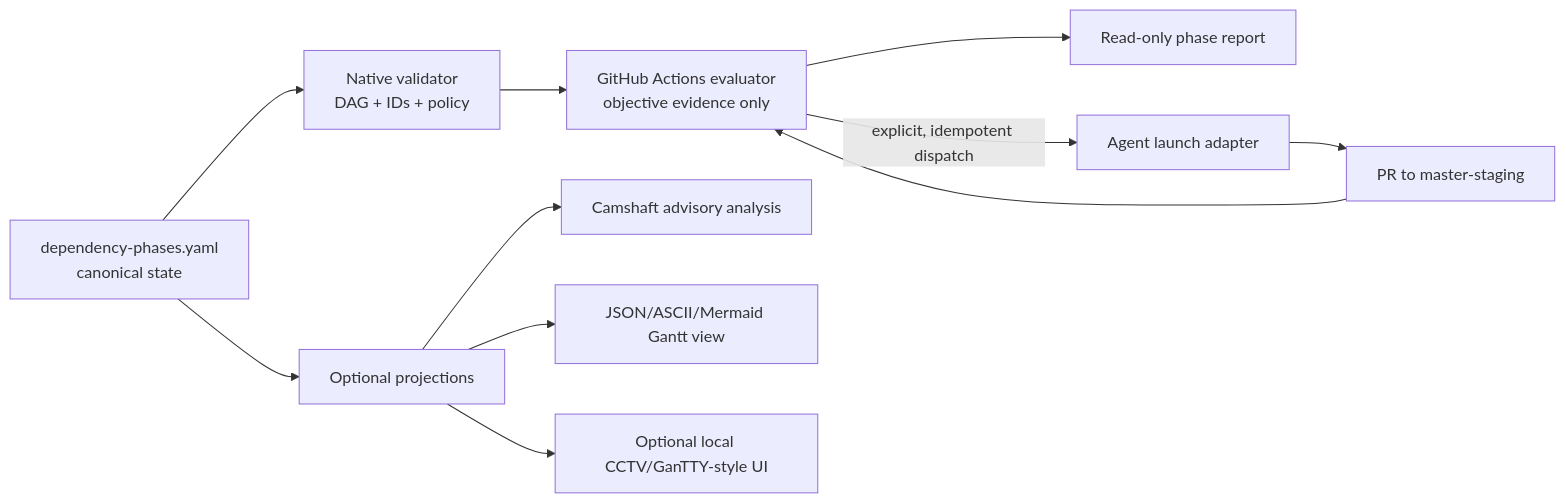
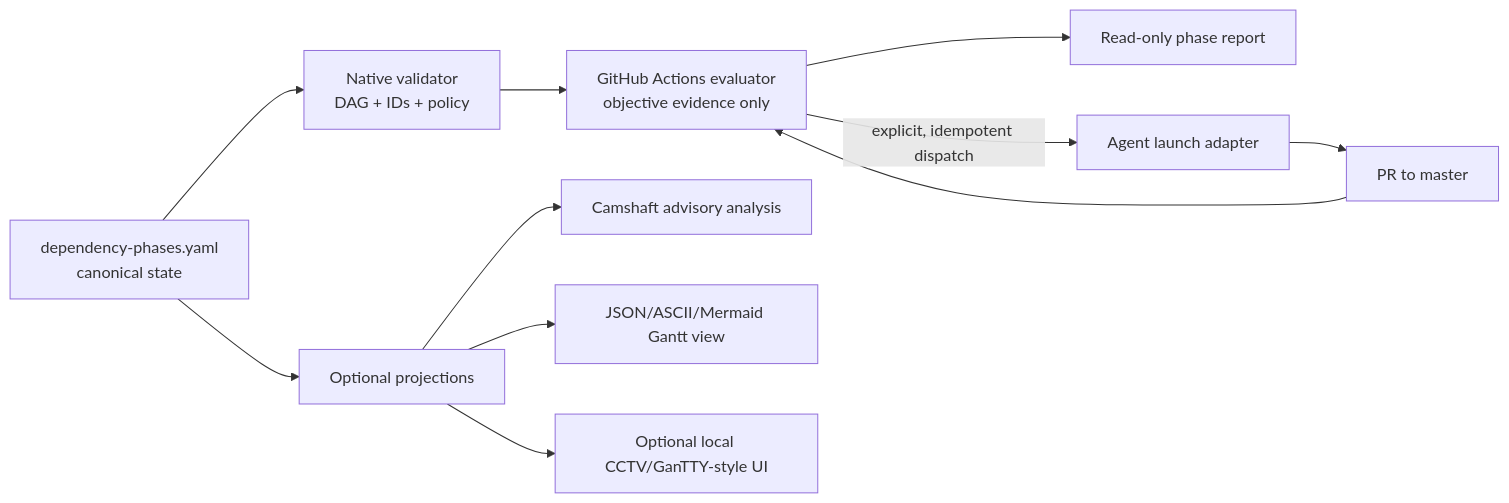
The diagram in docs/agentic/TEMPLATE_CAPABILITY_ASSESSMENT.md (timerloggedout-spec/termux-monorepo), drawn with Mermaid before and after one commit. The commit also changed 21 other files, not shown here.

````diff
--- a/docs/agentic/TEMPLATE_CAPABILITY_ASSESSMENT.md
+++ b/docs/agentic/TEMPLATE_CAPABILITY_ASSESSMENT.md
@@ -110,13 +110,13 @@
 ```mermaid
 flowchart LR
   P[dependency-phases.yaml\ncanonical state] --> V[Native validator\nDAG + IDs + policy]
   V --> E[GitHub Actions evaluator\nobjective evidence only]
   E --> R[Read-only phase report]
   E -->|explicit, idempotent dispatch| A[Agent launch adapter]
-  A --> PR[PR to master-staging]
+  A --> PR[PR to master]
   PR --> E
   P --> X[Optional projections]
   X --> C[Camshaft advisory analysis]
   X --> G[JSON/ASCII/Mermaid Gantt view]
   X --> UI[Optional local CCTV/GanTTY-style UI]
 ```
````
